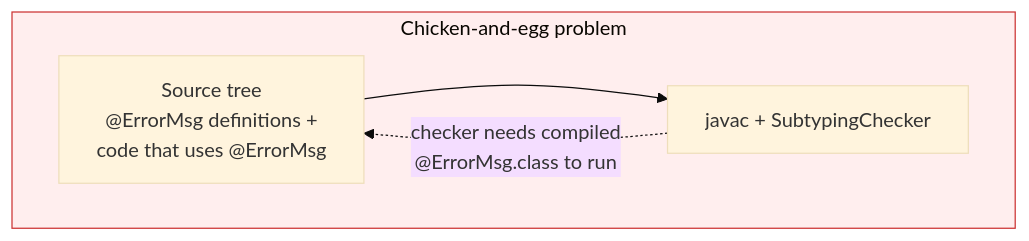
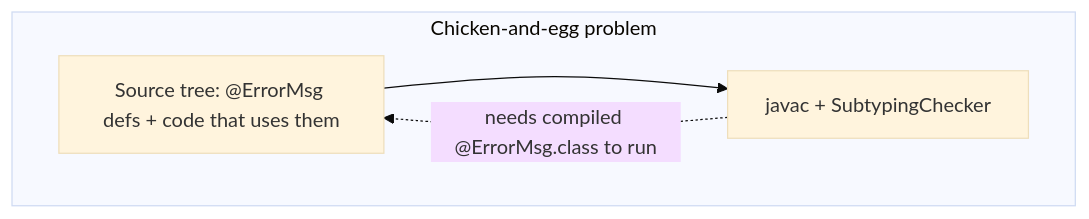
The second of 3 diagrams in traditional-is-not-always-simpler/README.md (oscarvarto/jvm-lang-comparison), drawn with Mermaid (base theme) before and after one commit. The commit also changed other lines of this file, not shown here.

Commit message:
Improved documentation for traditional-is-not-always-simpler/README.md; thorough explanation of the build, using mermaid diagrams

````diff
--- a/traditional-is-not-always-simpler/README.md
+++ b/traditional-is-not-always-simpler/README.md
@@ -154,11 +154,10 @@
 ```mermaid
 flowchart LR
     subgraph Problem["Chicken-and-egg problem"]
         direction LR
-        SRC["Source tree\n@ErrorMsg definitions +\ncode that uses @ErrorMsg"]
+        SRC["Source tree: @ErrorMsg defs + code that uses them"]
         JAVAC["javac + SubtypingChecker"]
         SRC --> JAVAC
-        JAVAC -. "checker needs compiled\n@ErrorMsg.class to run" .-> SRC
+        JAVAC -. "needs compiled @ErrorMsg.class to run" .-> SRC
     end
-    style Problem fill:#fee,stroke:#c33
 ```
````
